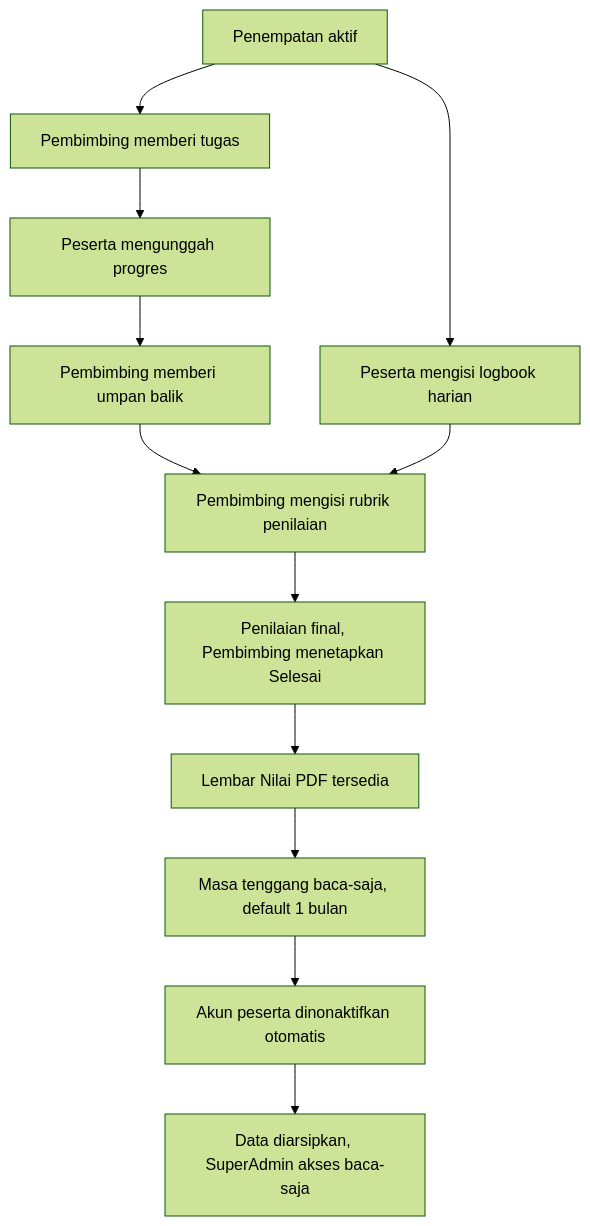
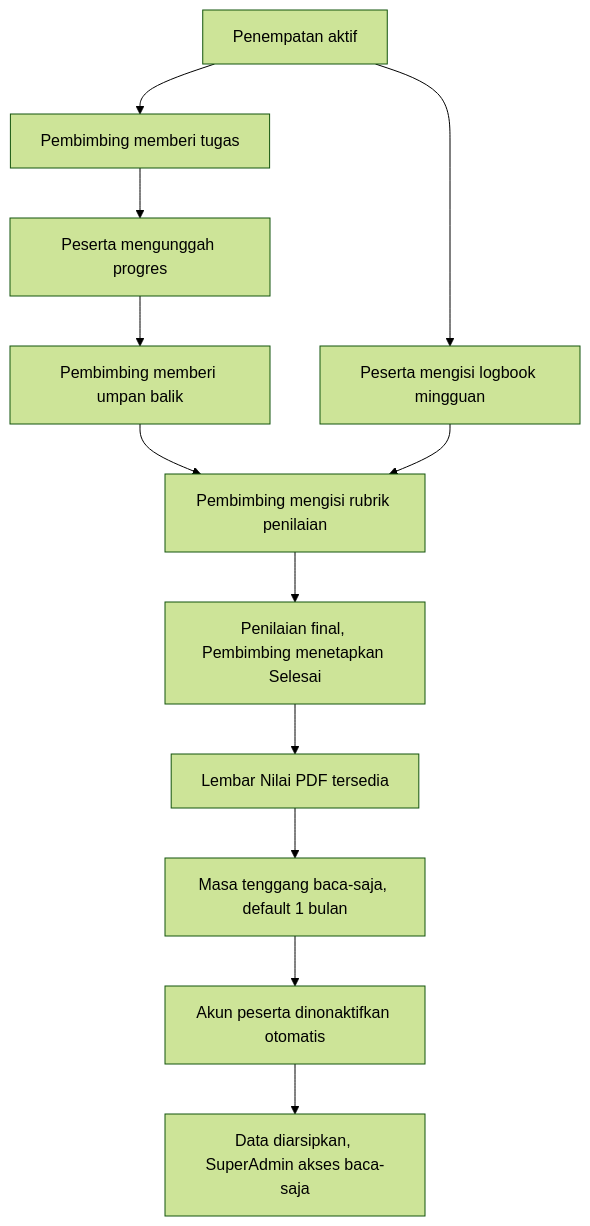
Before and after one commit to EvilAekt/MAGKOM: the second of 4 diagrams in docs/01-PRD-MagKom.md, drawn with Mermaid (forest theme). The commit also changed other lines of this file and 39 other files, not shown here.

````diff
--- a/docs/01-PRD-MagKom.md
+++ b/docs/01-PRD-MagKom.md
@@ -305,14 +311,14 @@
 ```mermaid
 flowchart TD
     A[Penempatan aktif] --> B[Pembimbing memberi tugas]
     B --> C[Peserta mengunggah progres]
     C --> D[Pembimbing memberi umpan balik]
-    A --> E[Peserta mengisi logbook harian]
+    A --> E[Peserta mengisi logbook mingguan]
     D --> F[Pembimbing mengisi rubrik penilaian]
     E --> F
     F --> G[Penilaian final, Pembimbing menetapkan Selesai]
     G --> H[Lembar Nilai PDF tersedia]
     H --> I[Masa tenggang baca-saja, default 1 bulan]
     I --> J[Akun peserta dinonaktifkan otomatis]
     J --> K[Data diarsipkan, SuperAdmin akses baca-saja]
 ```
````
